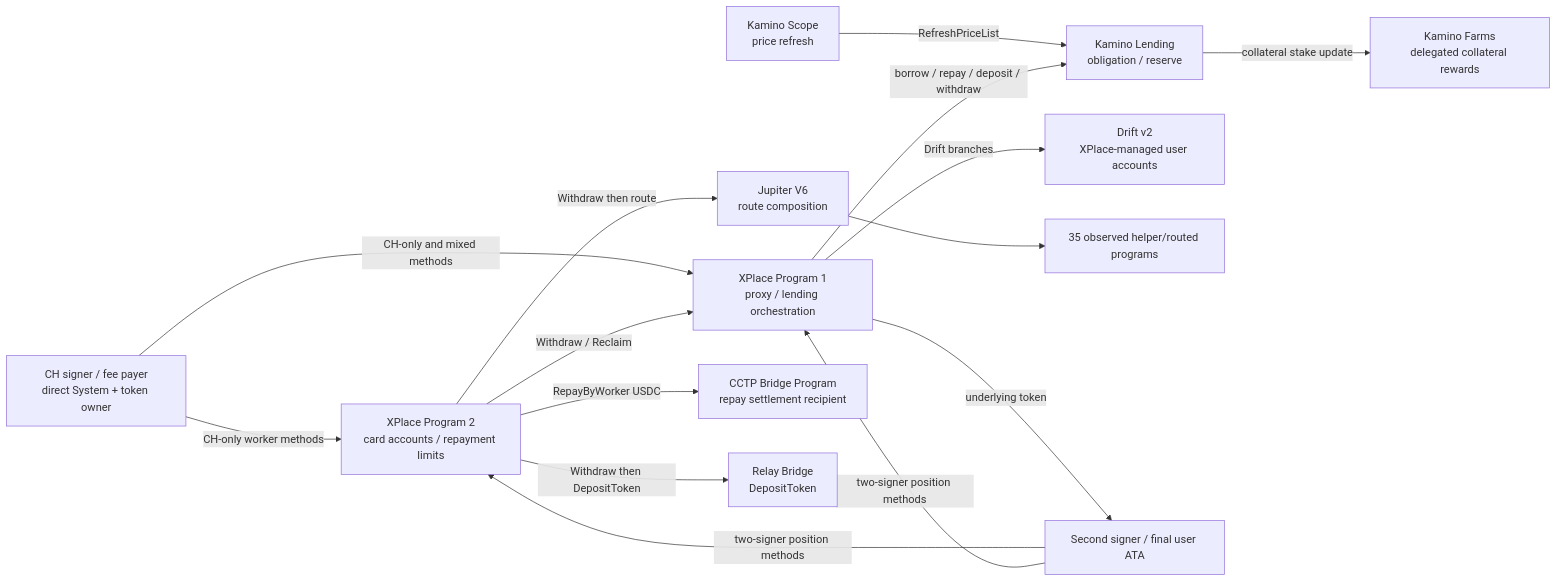
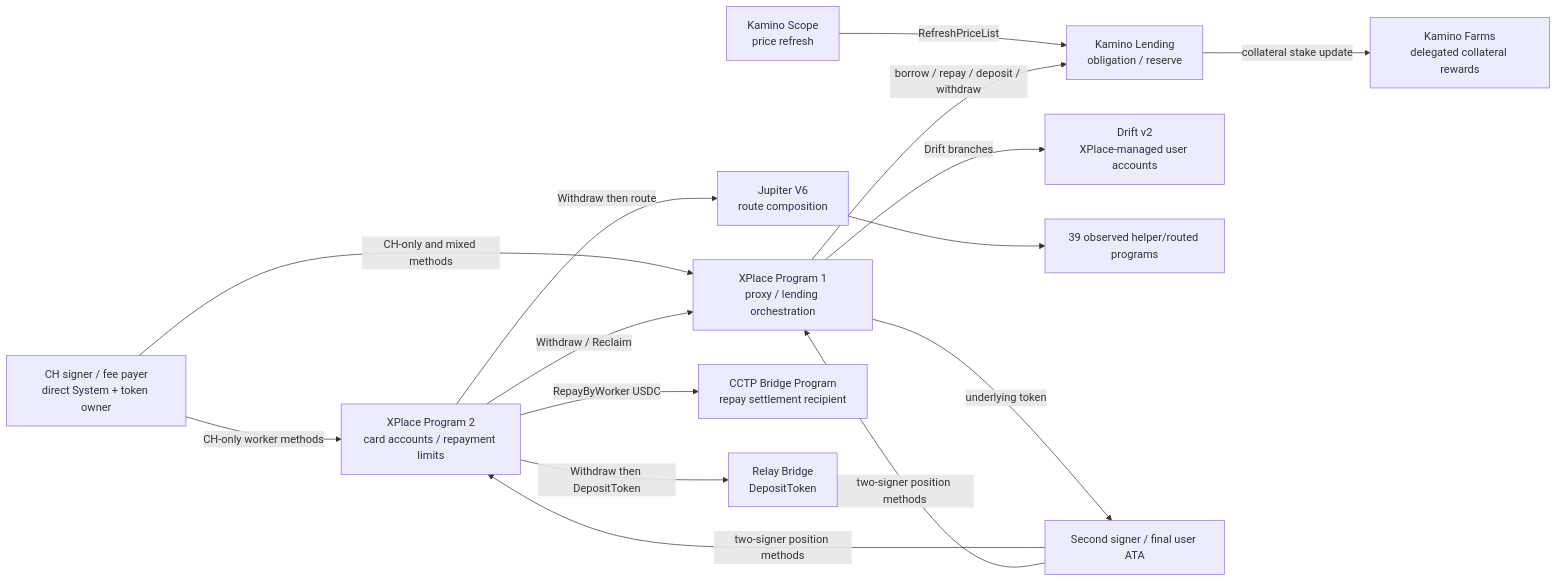
Before and after one commit to auersperg/proxbot: the diagram in docs/research/2026-07-23-ch-account-interaction-map.md, drawn with Mermaid. The commit also changed other lines of this file and 7 other files, not shown here.

````diff
--- a/docs/research/2026-07-23-ch-account-interaction-map.md
+++ b/docs/research/2026-07-23-ch-account-interaction-map.md
@@ -52,30 +54,30 @@
 ```mermaid
 flowchart LR
     CH["CH signer / fee payer<br/>direct System + token owner"]
     X2["XPlace Program 2<br/>card accounts / repayment limits"]
     X1["XPlace Program 1<br/>proxy / lending orchestration"]
     KScope["Kamino Scope<br/>price refresh"]
     KLend["Kamino Lending<br/>obligation / reserve"]
     KFarms["Kamino Farms<br/>delegated collateral rewards"]
     Drift["Drift v2<br/>XPlace-managed user accounts"]
     Jupiter["Jupiter V6<br/>route composition"]
-    DEX["35 observed helper/routed programs"]
+    DEX["39 observed helper/routed programs"]
     CCTP["CCTP Bridge Program<br/>repay settlement recipient"]
     Relay["Relay Bridge<br/>DepositToken"]
     User["Second signer / final user ATA"]
 
     CH -->|"CH-only worker methods"| X2
     CH -->|"CH-only and mixed methods"| X1
     User -->|"two-signer position methods"| X2
     User -->|"two-signer position methods"| X1
     X2 -->|"Withdraw / Reclaim"| X1
     X2 -->|"RepayByWorker USDC"| CCTP
     X2 -->|"Withdraw then DepositToken"| Relay
     KScope -->|"RefreshPriceList"| KLend
     X1 -->|"borrow / repay / deposit / withdraw"| KLend
     KLend -->|"collateral stake update"| KFarms
     X1 -->|"Drift branches"| Drift
     X2 -->|"Withdraw then route"| Jupiter
     Jupiter --> DEX
     X1 -->|"underlying token"| User
 ```
````
